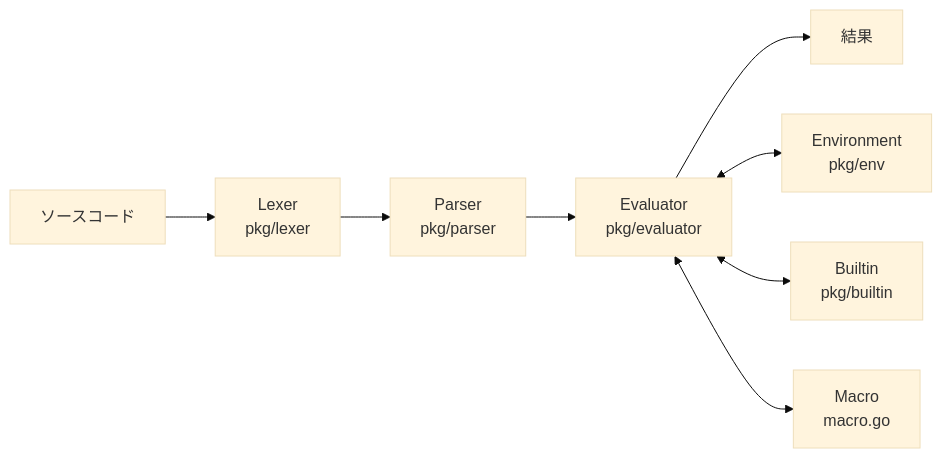
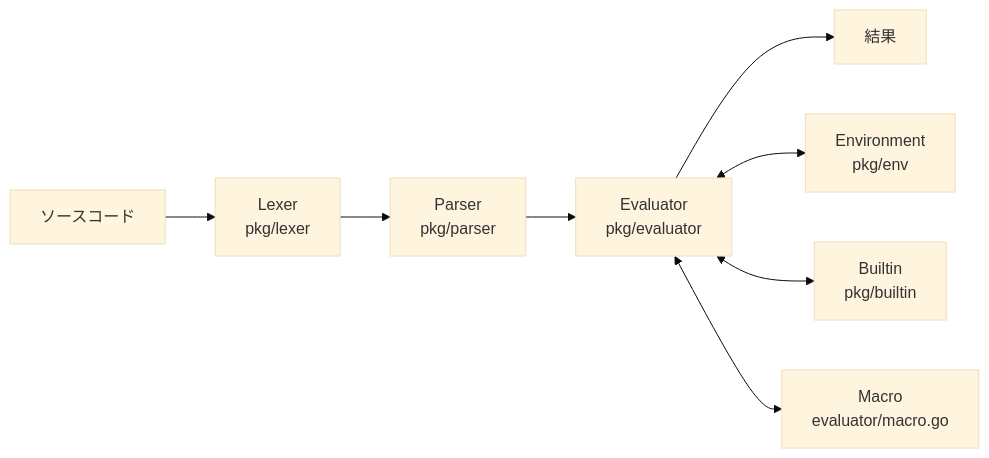
One commit to suchi/sucheme-go changed the diagram in README.md. Above: the diagram before and after it, drawn with Mermaid (base theme). The commit also changed 1 other file, not shown here.

Commit message:
fix: address 2 Copilot round 3 comments on PR #8
1. README Mermaid図: Macroノードのパスをpkg/evaluator/macro.goに修正
2. port?/textual-port?: getPortで検証し、PortValがnilや型不正な壊れた値でfalseを返すように一貫化

https://claude.ai/code/session_01AALHFFxzYi7cRfWAygKDhR

````diff
--- a/README.md
+++ b/README.md
@@ -29,10 +29,10 @@
 ```mermaid
 flowchart LR
     Source["ソースコード"] --> Lexer["Lexer<br/>pkg/lexer"]
     Lexer --> Parser["Parser<br/>pkg/parser"]
     Parser --> Evaluator["Evaluator<br/>pkg/evaluator"]
     Evaluator --> Result["結果"]
     Evaluator <--> Env["Environment<br/>pkg/env"]
     Evaluator <--> Builtin["Builtin<br/>pkg/builtin"]
-    Evaluator <--> Macro["Macro<br/>macro.go"]
+    Evaluator <--> Macro["Macro<br/>evaluator/macro.go"]
 ```
````
